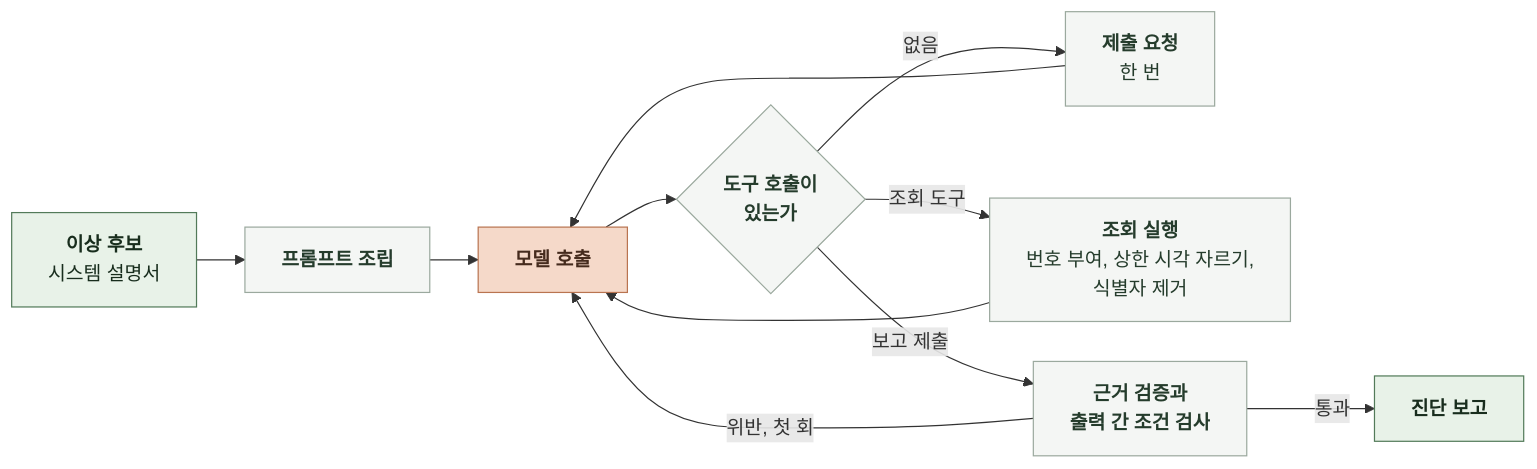
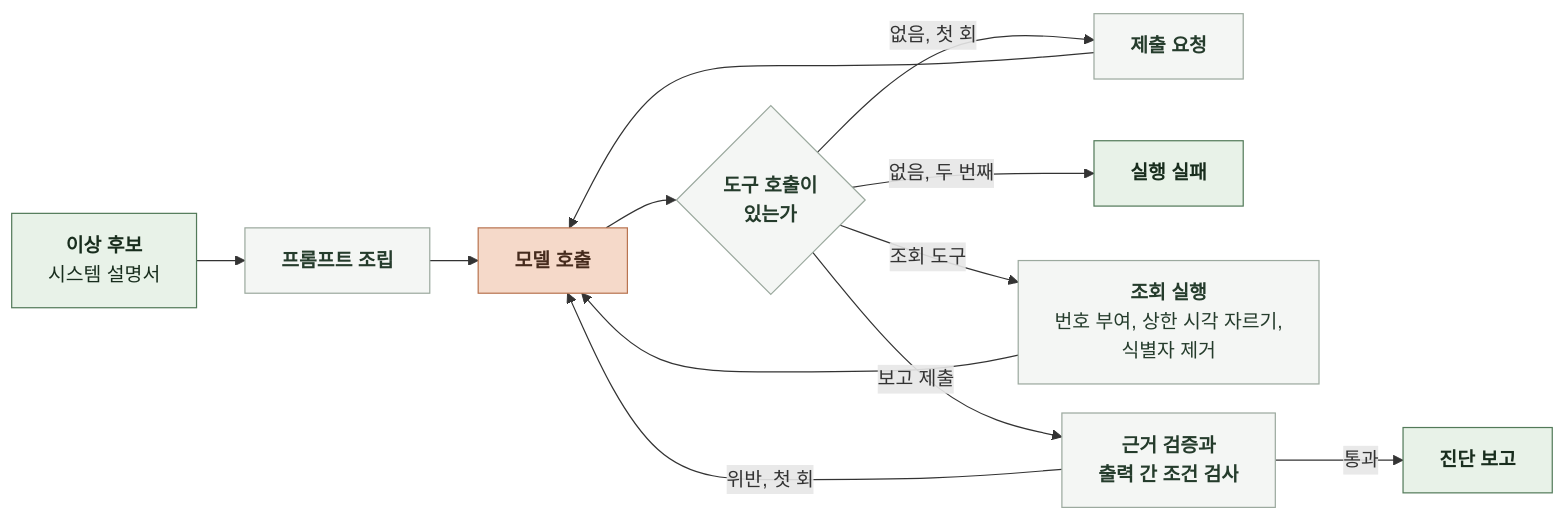
Before and after one commit to KIM-N-KANG/knk-harness: the diagram in docs/domain/OBSERVABILITY/AI/6-1-AI-EXECUTION.md, drawn with Mermaid. The commit also changed other lines of this file and 9 other files, not shown here.

````diff
--- a/docs/domain/OBSERVABILITY/AI/6-1-AI-EXECUTION.md
+++ b/docs/domain/OBSERVABILITY/AI/6-1-AI-EXECUTION.md
@@ -11,26 +11,26 @@
 ```mermaid
 %%{init: {"flowchart": {"curve": "basis", "nodeSpacing": 24, "rankSpacing": 40}}}%%
 flowchart LR
     I["`**이상 후보**
 시스템 설명서`"] --> P["`**프롬프트 조립**`"]
     P --> M["`**모델 호출**`"]
     M --> T{"`**도구 호출이
 있는가**`"}
-    T -->|"`없음`"| R["`**제출 요청**
-한 번`"]
+    T -->|"`없음, 첫 회`"| R["`**제출 요청**`"]
+    T -->|"`없음, 두 번째`"| F["`**실행 실패**`"]
     T -->|"`조회 도구`"| Q["`**조회 실행**
 번호 부여, 상한 시각 자르기,
 식별자 제거`"]
     T -->|"`보고 제출`"| V["`**근거 검증과
 출력 간 조건 검사**`"]
     R --> M
     Q --> M
     V -->|"`위반, 첫 회`"| M
     V -->|"`통과`"| O["`**진단 보고**`"]
     classDef data fill:#E8F2E8,stroke:#527A59,color:#182D1D
     classDef model fill:#F5D9C9,stroke:#B97450,color:#452B1D
     classDef code fill:#F4F6F4,stroke:#9BA99E,color:#253C2C
-    class I,O data
+    class I,O,F data
     class M model
     class P,T,Q,V,R code
 ```
````
